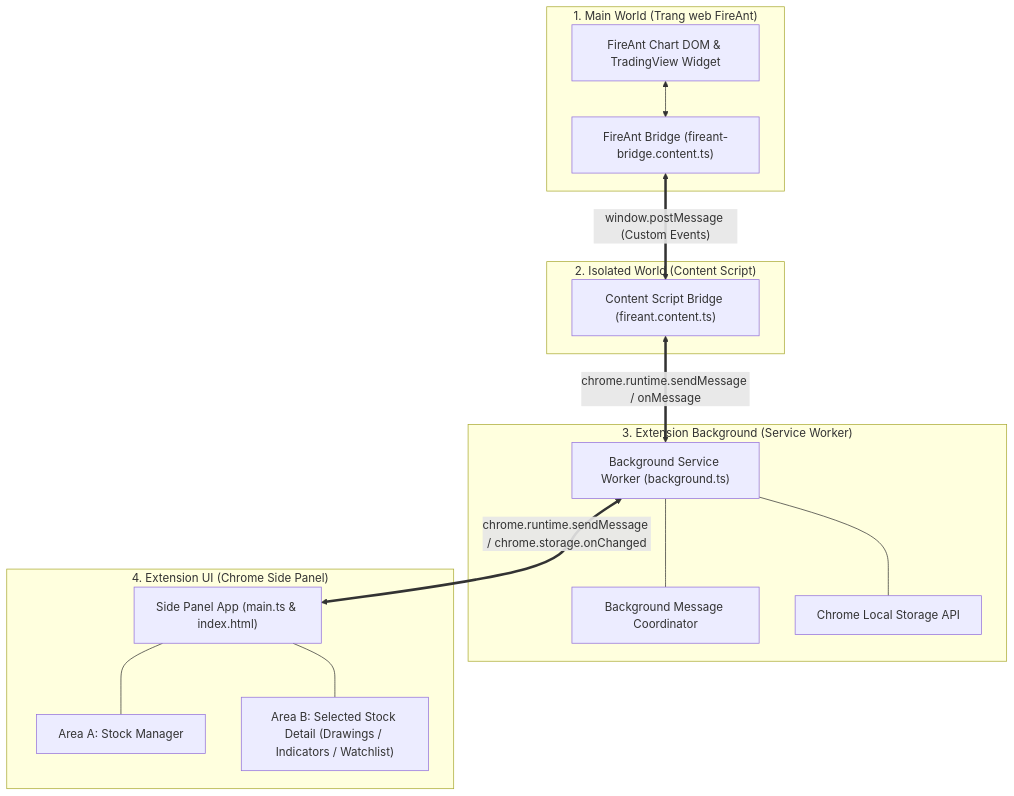
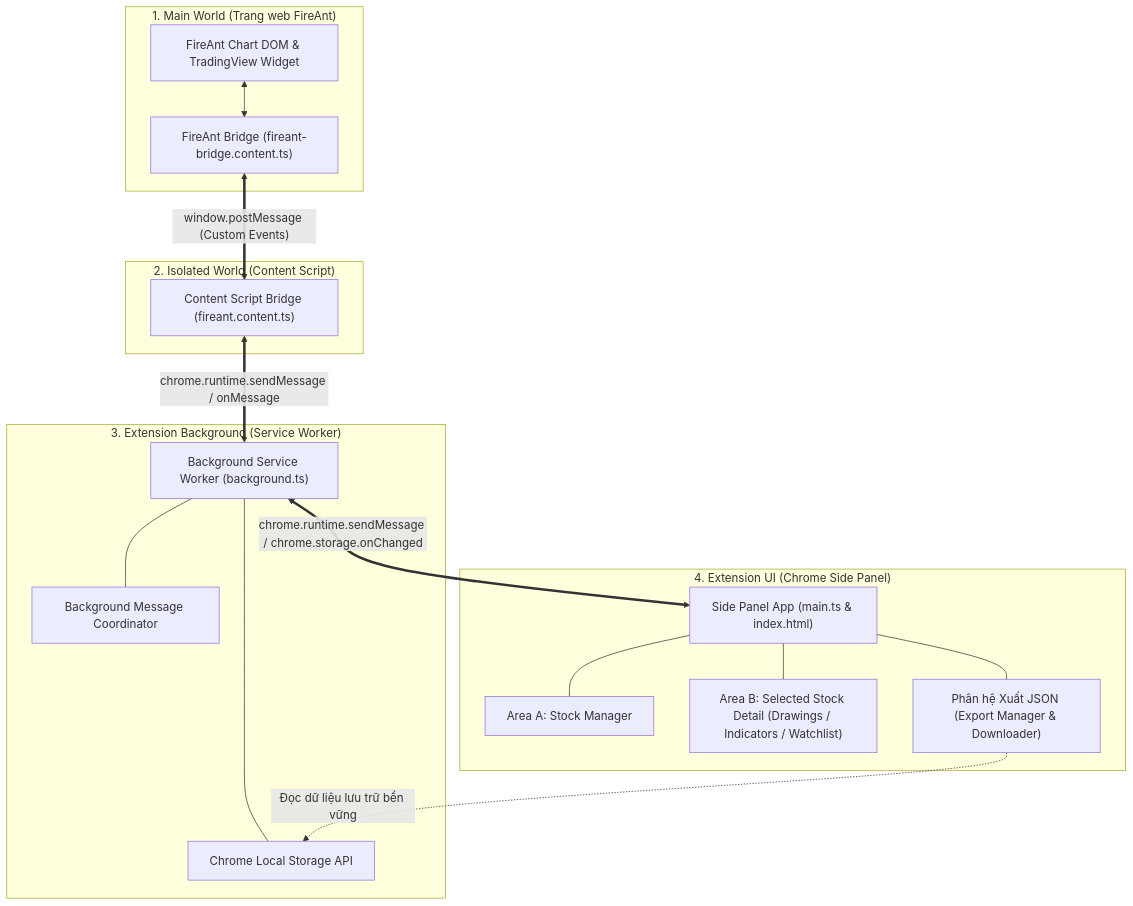
The first of 6 diagrams in docs/MULTI_STOCK_ARCHITECTURE.md (ltruong03102006-source/stock-chart-extractor), drawn with Mermaid before and after one commit. The commit also changed other lines of this file and 5 other files, not shown here.

Commit message:
docs: complete export all json architecture specifications across all documentation suites

````diff
--- a/docs/MULTI_STOCK_ARCHITECTURE.md
+++ b/docs/MULTI_STOCK_ARCHITECTURE.md
@@ -31,32 +35,35 @@
 ```mermaid
 graph TB
     subgraph MW ["1. Main World (Trang web FireAnt)"]
         FW["FireAnt Chart DOM & TradingView Widget"]
         MWB["FireAnt Bridge (fireant-bridge.content.ts)"]
         FW <--> MWB
     end
 
     subgraph IW ["2. Isolated World (Content Script)"]
         ICS["Content Script Bridge (fireant.content.ts)"]
     end
 
     subgraph SW ["3. Extension Background (Service Worker)"]
         BGS["Background Service Worker (background.ts)"]
         BMC["Background Message Coordinator"]
         STR["Chrome Local Storage API"]
         BGS --- BMC
         BGS --- STR
     end
 
     subgraph SP ["4. Extension UI (Chrome Side Panel)"]
         UI["Side Panel App (main.ts & index.html)"]
         SMA["Area A: Stock Manager"]
         SDA["Area B: Selected Stock Detail (Drawings / Indicators / Watchlist)"]
+        EXP["Phân hệ Xuất JSON (Export Manager & Downloader)"]
         UI --- SMA
         UI --- SDA
+        UI --- EXP
     end
 
     MWB <== "window.postMessage (Custom Events)" ==> ICS
     ICS <== "chrome.runtime.sendMessage / onMessage" ==> BGS
     BGS <== "chrome.runtime.sendMessage / chrome.storage.onChanged" ==> UI
+    EXP -.->|Đọc dữ liệu lưu trữ bền vững| STR
 ```
````
